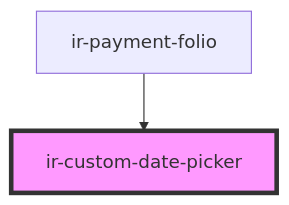
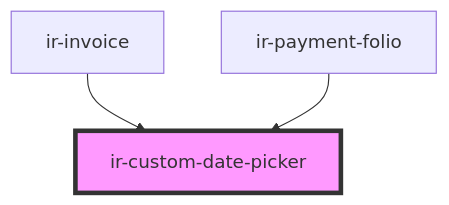
One commit to RonyRizk/ir-webcmp changed the diagram in src/components/ir-custom-date-picker/readme.md. Above: the diagram before and after it, drawn with Mermaid. The commit also changed other lines of this file and 59 other files, not shown here.

````diff
--- a/src/components/ir-custom-date-picker/readme.md
+++ b/src/components/ir-custom-date-picker/readme.md
@@ -70,5 +71,6 @@
 ```mermaid
 graph TD;
+  ir-invoice --> ir-custom-date-picker
   ir-payment-folio --> ir-custom-date-picker
   style ir-custom-date-picker fill:#f9f,stroke:#333,stroke-width:4px
 ```
````
